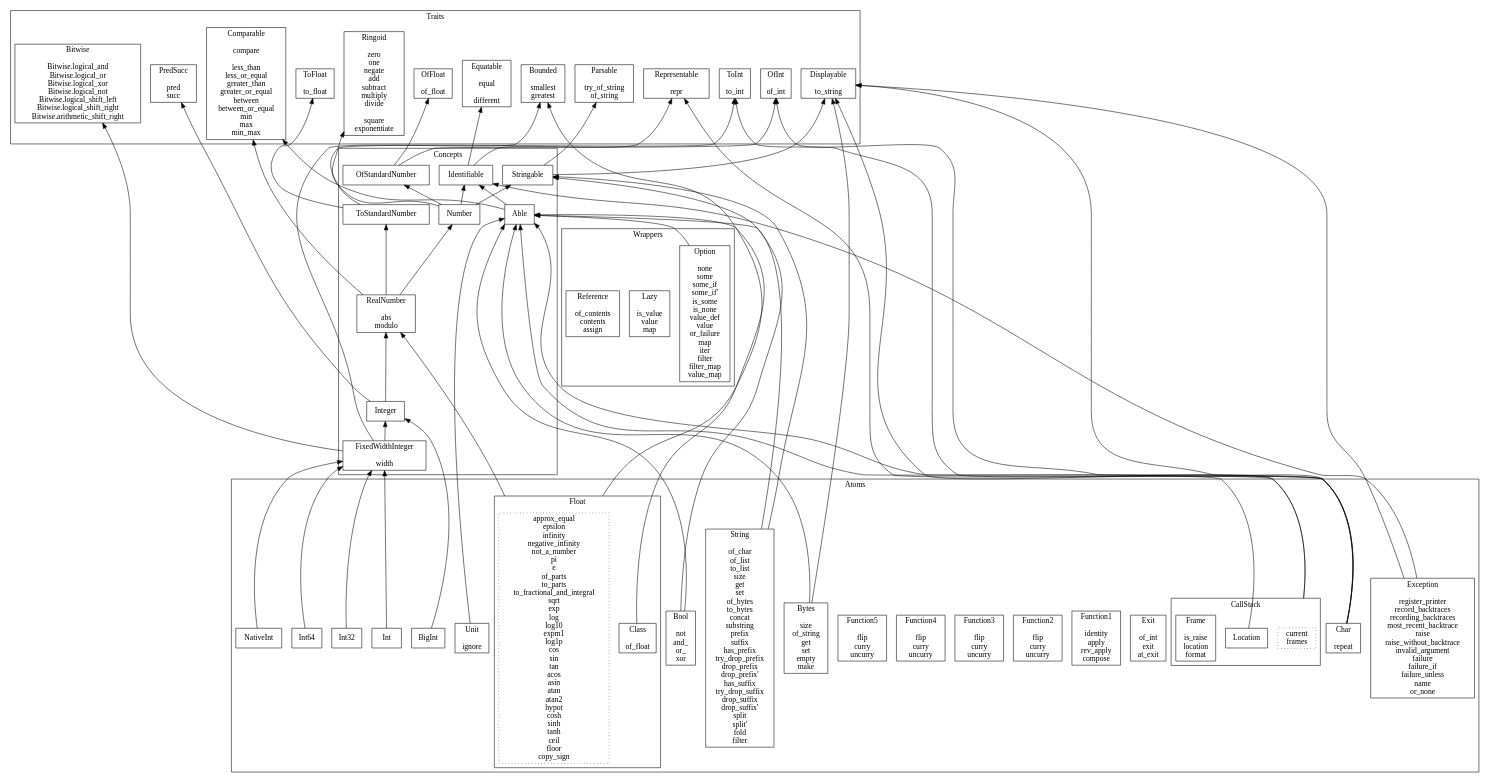
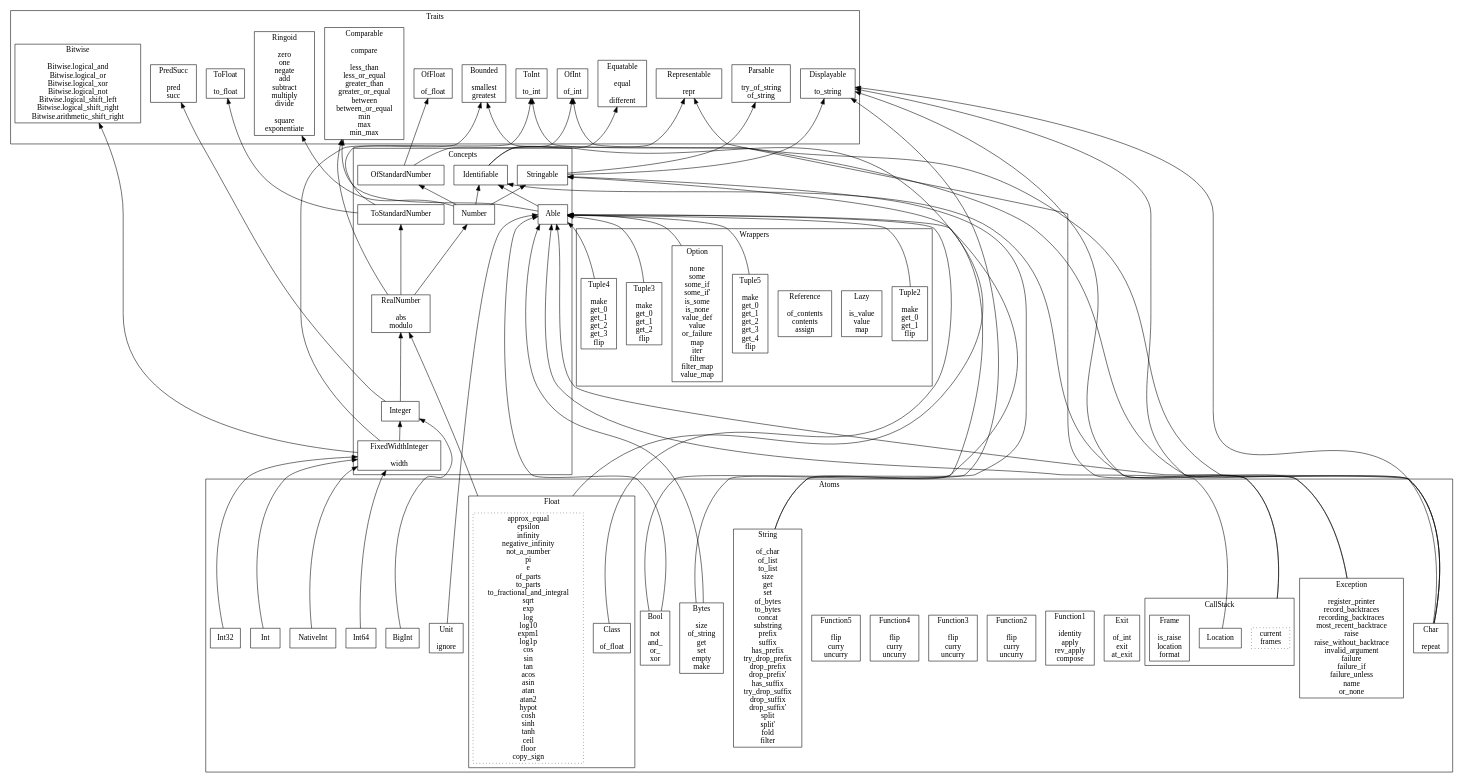
One commit to jacquev6/General changed the diagram in src/Generated/Facets.dot. Above: the diagram before and after it, drawn with Graphviz. The commit also changed 25 other files, not shown here.

```diff
--- a/src/Generated/Facets.dot
+++ b/src/Generated/Facets.dot
@@ -1,123 +1,131 @@
 digraph {
   compound=true
   rankdir="BT"
   node [shape="box"]
   subgraph cluster_Traits {
     label="Traits"
     labelloc="b"
     representable [label="Representable\n\nrepr"]
     equatable [label="Equatable\n\nequal\n\ndifferent"]
     displayable [label="Displayable\n\nto_string"]
     parsable [label="Parsable\n\ntry_of_string\nof_string"]
     comparable [label="Comparable\n\ncompare\n\nless_than\nless_or_equal\ngreater_than\ngreater_or_equal\nbetween\nbetween_or_equal\nmin\nmax\nmin_max"]
     ringoid [label="Ringoid\n\nzero\none\nnegate\nadd\nsubtract\nmultiply\ndivide\n\nsquare\nexponentiate"]
     ofint [label="OfInt\n\nof_int"]
     toint [label="ToInt\n\nto_int"]
     offloat [label="OfFloat\n\nof_float"]
     tofloat [label="ToFloat\n\nto_float"]
     predsucc [label="PredSucc\n\npred\nsucc"]
     bounded [label="Bounded\n\nsmallest\ngreatest"]
     bitwise [label="Bitwise\n\nBitwise.logical_and\nBitwise.logical_or\nBitwise.logical_xor\nBitwise.logical_not\nBitwise.logical_shift_left\nBitwise.logical_shift_right\nBitwise.arithmetic_shift_right"]
   }
   subgraph cluster_Concepts {
     label="Concepts"
     labelloc="b"
     identifiable [label="Identifiable"]
     able [label="Able"]
     stringable [label="Stringable"]
     ofstandardnumber [label="OfStandardNumber"]
     number [label="Number"]
     tostandardnumber [label="ToStandardNumber"]
     realnumber [label="RealNumber\n\nabs\nmodulo"]
     integer [label="Integer"]
     fixedwidthinteger [label="FixedWidthInteger\n\nwidth"]
   }
   subgraph cluster_Atoms {
     label="Atoms"
     labelloc="b"
     subgraph cluster_CallStack {
       label="CallStack"
       labelloc="b"
       callstack [style="dotted",label="current\nframes"]
       location [label="Location"]
       frame [label="Frame\n\nis_raise\nlocation\nformat"]
     }
     exception [label="Exception\n\nregister_printer\nrecord_backtraces\nrecording_backtraces\nmost_recent_backtrace\nraise\nraise_without_backtrace\ninvalid_argument\nfailure\nfailure_if\nfailure_unless\nname\nor_none"]
     exit [label="Exit\n\nof_int\nexit\nat_exit"]
     function1 [label="Function1\n\nidentity\napply\nrev_apply\ncompose"]
     function2 [label="Function2\n\nflip\ncurry\nuncurry"]
     function3 [label="Function3\n\nflip\ncurry\nuncurry"]
     function4 [label="Function4\n\nflip\ncurry\nuncurry"]
     function5 [label="Function5\n\nflip\ncurry\nuncurry"]
     unit [label="Unit\n\nignore"]
     bool [label="Bool\n\nnot\nand_\nor_\nxor"]
     char [label="Char\n\nrepeat"]
     int [label="Int"]
     int32 [label="Int32"]
     int64 [label="Int64"]
     nativeint [label="NativeInt"]
     bigint [label="BigInt"]
     subgraph cluster_Float {
       label="Float"
       labelloc="b"
       float [style="dotted",label="approx_equal\nepsilon\ninfinity\nnegative_infinity\nnot_a_number\npi\ne\nof_parts\nto_parts\nto_fractional_and_integral\nsqrt\nexp\nlog\nlog10\nexpm1\nlog1p\ncos\nsin\ntan\nacos\nasin\natan\natan2\nhypot\ncosh\nsinh\ntanh\nceil\nfloor\ncopy_sign"]
       float_class [label="Class\n\nof_float"]
     }
     string [label="String\n\nof_char\nof_list\nto_list\nsize\nget\nset\nof_bytes\nto_bytes\nconcat\nsubstring\nprefix\nsuffix\nhas_prefix\ntry_drop_prefix\ndrop_prefix\ndrop_prefix'\nhas_suffix\ntry_drop_suffix\ndrop_suffix\ndrop_suffix'\nsplit\nsplit'\nfold\nfilter"]
     bytes [label="Bytes\n\nsize\nof_string\nget\nset\nempty\nmake"]
   }
   subgraph cluster_Wrappers {
     label="Wrappers"
     labelloc="b"
     option [label="Option\n\nnone\nsome\nsome_if\nsome_if'\nis_some\nis_none\nvalue_def\nvalue\nor_failure\nmap\niter\nfilter\nfilter_map\nvalue_map"]
     lazy [label="Lazy\n\nis_value\nvalue\nmap"]
     reference [label="Reference\n\nof_contents\ncontents\nassign"]
+    tuple2 [label="Tuple2\n\nmake\nget_0\nget_1\nflip"]
+    tuple3 [label="Tuple3\n\nmake\nget_0\nget_1\nget_2\nflip"]
+    tuple4 [label="Tuple4\n\nmake\nget_0\nget_1\nget_2\nget_3\nflip"]
+    tuple5 [label="Tuple5\n\nmake\nget_0\nget_1\nget_2\nget_3\nget_4\nflip"]
   }
   identifiable -> equatable
   identifiable -> representable
   able -> identifiable
   able -> comparable
   stringable -> displayable
   stringable -> parsable
   ofstandardnumber -> ofint
   ofstandardnumber -> offloat
   number -> identifiable
   number -> stringable
   number -> ringoid
   number -> ofstandardnumber
   tostandardnumber -> toint
   tostandardnumber -> tofloat
   realnumber -> number
   realnumber -> comparable
   realnumber -> tostandardnumber
   integer -> realnumber
   integer -> predsucc
   fixedwidthinteger -> integer
   fixedwidthinteger -> bounded
   fixedwidthinteger -> bitwise
   callstack -> displayable [ltail="cluster_CallStack"]
   callstack -> representable [ltail="cluster_CallStack"]
   location -> able
   exception -> identifiable
   exception -> displayable
   unit -> able
   bool -> able
   bool -> stringable
   char -> able
   char -> displayable
   char -> ofint
   char -> toint
   int -> fixedwidthinteger
   int32 -> fixedwidthinteger
   int64 -> fixedwidthinteger
   nativeint -> fixedwidthinteger
   bigint -> integer
   float -> realnumber [ltail="cluster_Float"]
   float -> bounded [ltail="cluster_Float"]
   float_class -> able
   string -> able
   string -> stringable
   bytes -> able
   bytes -> displayable
   option -> able
+  tuple2 -> able
+  tuple3 -> able
+  tuple4 -> able
+  tuple5 -> able
 }
```
